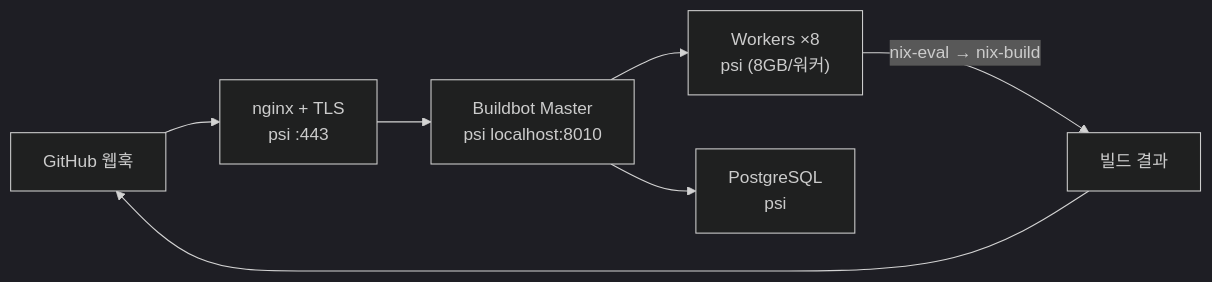
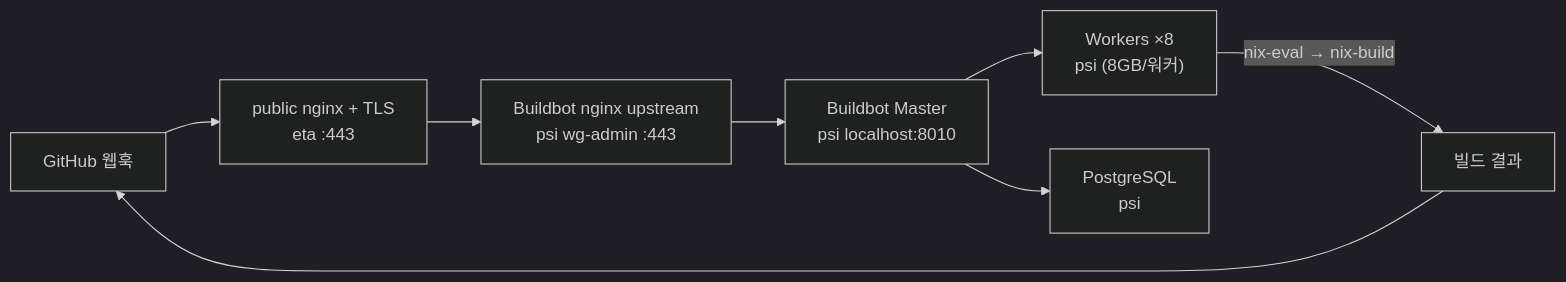
One commit to SBEE-Lab/infra changed the first of 2 diagrams in docs/admin/ci-cd.md. Above: the diagram before and after it, drawn with Mermaid (dark theme). The commit also changed other lines of this file and 7 other files, not shown here.

First line of the commit message:
Use eta as Buildbot public edge

````diff
--- a/docs/admin/ci-cd.md
+++ b/docs/admin/ci-cd.md
@@ -9,9 +9,10 @@
 ```mermaid
 flowchart LR
-  gh["GitHub 웹훅"] --> proxy["nginx + TLS<br/>psi :443"]
+  gh["GitHub 웹훅"] --> edge["public nginx + TLS<br/>eta :443"]
+  edge --> proxy["Buildbot nginx upstream<br/>psi wg-admin :443"]
   proxy --> master["Buildbot Master<br/>psi localhost:8010"]
   master --> w["Workers ×8<br/>psi (8GB/워커)"]
   master --> db["PostgreSQL<br/>psi"]
   w -- "nix-eval → nix-build" --> result["빌드 결과"]
   result --> gh
 ```
````
